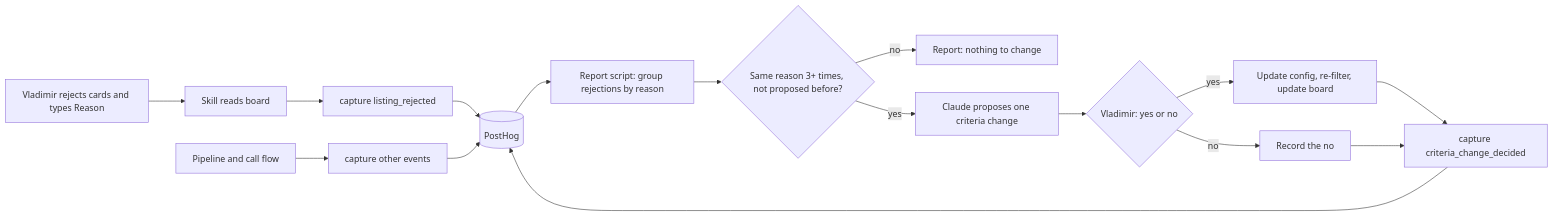
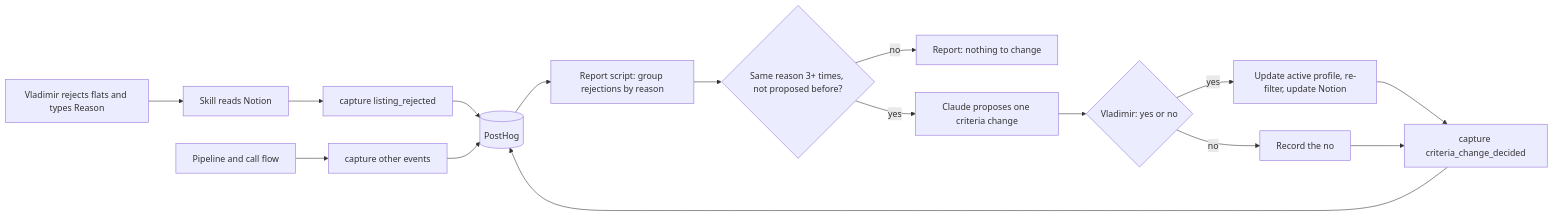
Before and after one commit to Skilux/domovoy: the diagram in docs/prd/posthog.md, drawn with Mermaid. The commit also changed other lines of this file and 10 other files, not shown here.

First line of the commit message:
docs: actor PRD and switch shortlist from GitHub board to Notion (#4)

````diff
--- a/docs/prd/posthog.md
+++ b/docs/prd/posthog.md
@@ -18,18 +18,18 @@
 ```mermaid
 flowchart LR
-  A[Vladimir rejects cards and types Reason] --> B[Skill reads board]
+  A[Vladimir rejects flats and types Reason] --> B[Skill reads Notion]
   B --> C[capture listing_rejected]
   P[Pipeline and call flow] --> C2[capture other events]
   C --> PH[(PostHog)]
   C2 --> PH
   PH --> R[Report script: group rejections by reason]
   R --> Q{Same reason 3+ times, not proposed before?}
   Q -- no --> Z[Report: nothing to change]
   Q -- yes --> S[Claude proposes one criteria change]
   S --> V{Vladimir: yes or no}
-  V -- yes --> T[Update config, re-filter, update board]
+  V -- yes --> T[Update active profile, re-filter, update Notion]
   V -- no --> W[Record the no]
   T --> M[capture criteria_change_decided]
   W --> M
   M --> PH
 ```
````
